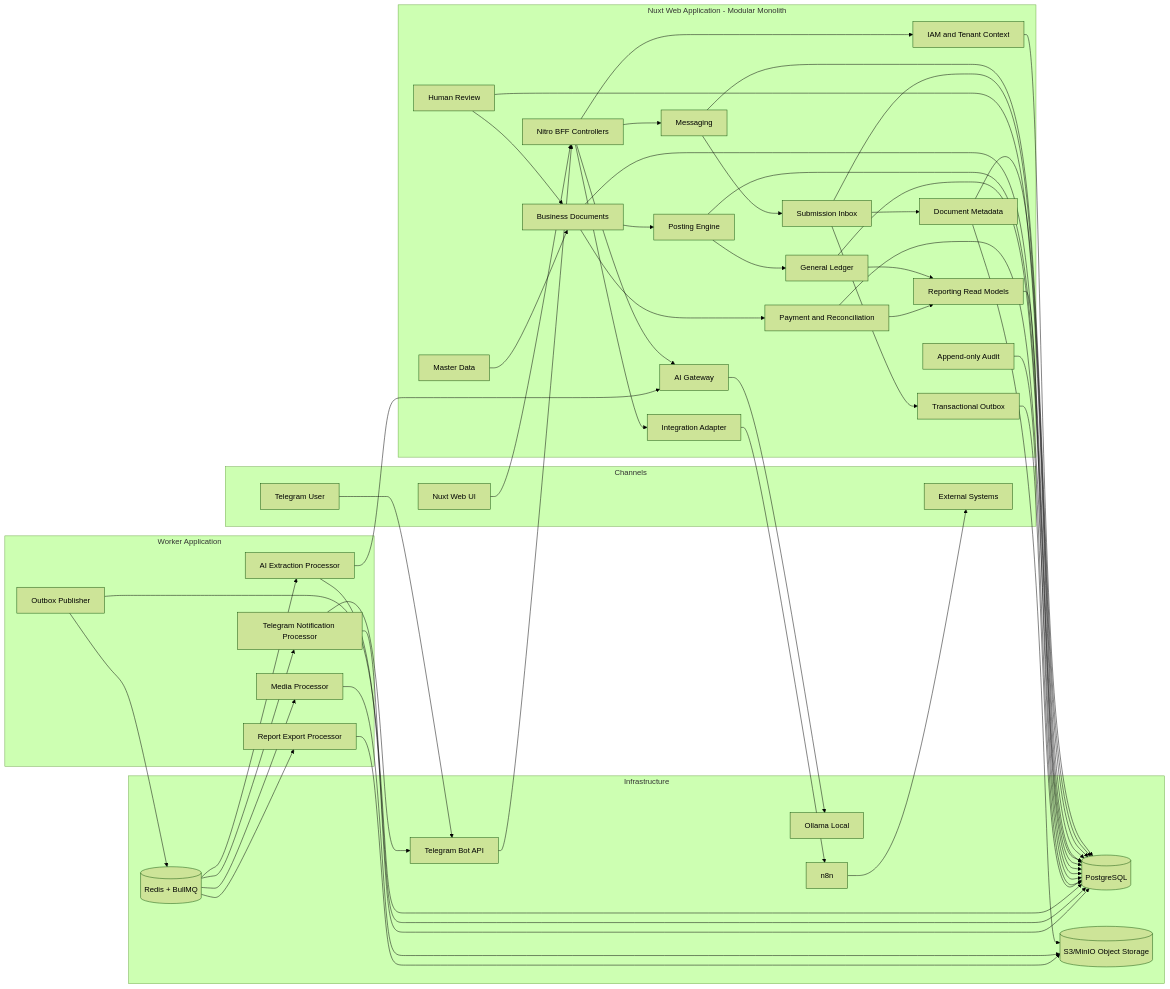
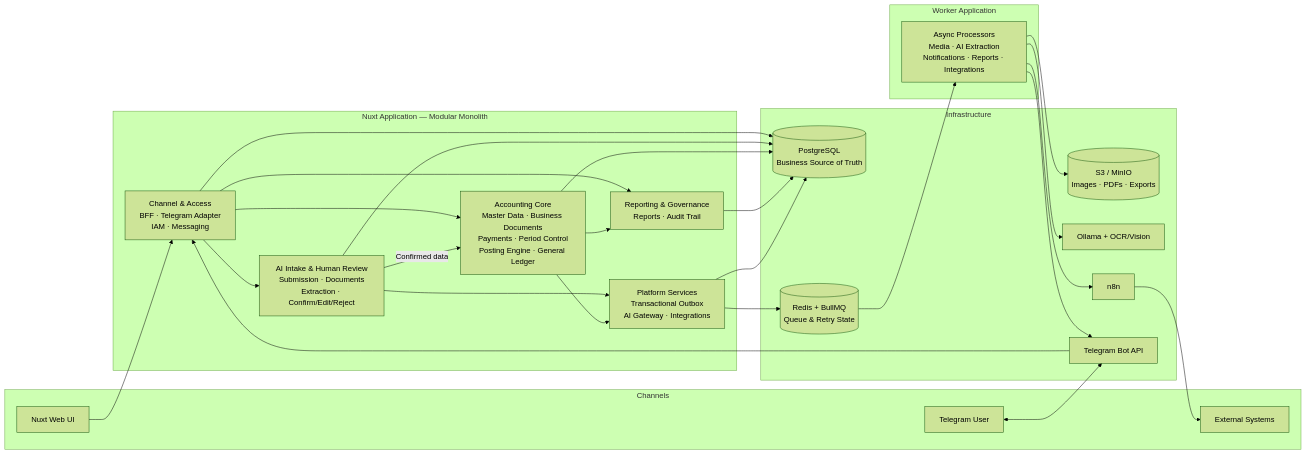
The first of 5 diagrams in README.md (nghiaiuh/ERP-website), drawn with Mermaid (forest theme) before and after one commit.

````diff
--- a/README.md
+++ b/README.md
@@ -74,85 +74,63 @@
 ```mermaid
 flowchart LR
-    subgraph Channels[Channels]
-        WEB[Nuxt Web UI]
-        TG[Telegram User]
-        EXT[External Systems]
+    subgraph CHANNELS["Channels"]
+        WEB["Nuxt Web UI"]
+        TG["Telegram User"]
+        EXT["External Systems"]
     end
 
-    subgraph WebApp[Nuxt Web Application - Modular Monolith]
-        BFF[Nitro BFF Controllers]
-        IAM[IAM and Tenant Context]
-        MSG[Messaging]
-        SUB[Submission Inbox]
-        DOC[Document Metadata]
-        REVIEW[Human Review]
-        BDOC[Business Documents]
-        MASTER[Master Data]
-        POST[Posting Engine]
-        GL[General Ledger]
-        PAY[Payment and Reconciliation]
-        REPORT[Reporting Read Models]
-        AUDIT[Append-only Audit]
-        OUTBOX[Transactional Outbox]
-        AIGW[AI Gateway]
-        INT[Integration Adapter]
+    subgraph APP["Nuxt Application — Modular Monolith"]
+        ACCESS["Channel & Access<br/>BFF · Telegram Adapter<br/>IAM · Messaging"]
+
+        INTAKE["AI Intake & Human Review<br/>Submission · Documents<br/>Extraction · Confirm/Edit/Reject"]
+
+        ACCOUNTING["Accounting Core<br/>Master Data · Business Documents<br/>Payments · Period Control<br/>Posting Engine · General Ledger"]
+
+        INSIGHT["Reporting & Governance<br/>Reports · Audit Trail"]
+
+        PLATFORM["Platform Services<br/>Transactional Outbox<br/>AI Gateway · Integrations"]
     end
 
-    subgraph Async[Worker Application]
-        PUB[Outbox Publisher]
-        MEDIA[Media Processor]
-        AIW[AI Extraction Processor]
-        NOTIFY[Telegram Notification Processor]
-        EXPORT[Report Export Processor]
+    subgraph WORKER["Worker Application"]
+        PROCESSORS["Async Processors<br/>Media · AI Extraction<br/>Notifications · Reports · Integrations"]
     end
 
-    subgraph Infra[Infrastructure]
-        PG[(PostgreSQL)]
-        REDIS[(Redis + BullMQ)]
-        OBJ[(S3/MinIO Object Storage)]
-        OLLAMA[Ollama Local]
-        N8N[n8n]
-        TAPI[Telegram Bot API]
+    subgraph INFRA["Infrastructure"]
+        PG[("PostgreSQL<br/>Business Source of Truth")]
+        QUEUE[("Redis + BullMQ<br/>Queue & Retry State")]
+        STORAGE[("S3 / MinIO<br/>Images · PDFs · Exports")]
+        AI["Ollama + OCR/Vision"]
+        N8N["n8n"]
+        TAPI["Telegram Bot API"]
     end
 
-    WEB --> BFF
-    TG --> TAPI --> BFF
-    BFF --> IAM
-    BFF --> MSG --> SUB
-    SUB --> DOC
-    DOC --> OBJ
-    SUB --> OUTBOX
-    REVIEW --> BDOC --> POST --> GL
-    BDOC --> PAY
-    MASTER --> BDOC
-    GL --> REPORT
-    PAY --> REPORT
-    BFF --> AIGW
-    BFF --> INT --> N8N --> EXT
+    WEB --> ACCESS
+    TG <--> TAPI
+    TAPI --> ACCESS
 
-    IAM --> PG
-    MSG --> PG
-    SUB --> PG
-    DOC --> PG
-    REVIEW --> PG
-    BDOC --> PG
-    POST --> PG
-    GL --> PG
-    PAY --> PG
-    REPORT --> PG
-    AUDIT --> PG
-    OUTBOX --> PG
+    ACCESS --> INTAKE
+    ACCESS --> ACCOUNTING
+    ACCESS --> INSIGHT
 
-    PUB --> PG
-    PUB --> REDIS
-    REDIS --> MEDIA
-    REDIS --> AIW
-    REDIS --> NOTIFY
-    REDIS --> EXPORT
-    MEDIA --> OBJ
-    AIW --> AIGW --> OLLAMA
-    AIW --> PG
-    NOTIFY --> TAPI
-    NOTIFY --> PG
-    EXPORT --> OBJ
+    INTAKE -- "Confirmed data" --> ACCOUNTING
+    ACCOUNTING --> INSIGHT
+
+    INTAKE --> PLATFORM
+    ACCOUNTING --> PLATFORM
+
+    PLATFORM --> QUEUE
+    QUEUE --> PROCESSORS
+
+    PROCESSORS --> AI
+    PROCESSORS --> STORAGE
+    PROCESSORS --> TAPI
+    PROCESSORS --> N8N
+
+    N8N --> EXT
+
+    ACCESS --> PG
+    INTAKE --> PG
+    ACCOUNTING --> PG
+    INSIGHT --> PG
+    PLATFORM --> PG
 ```
````
